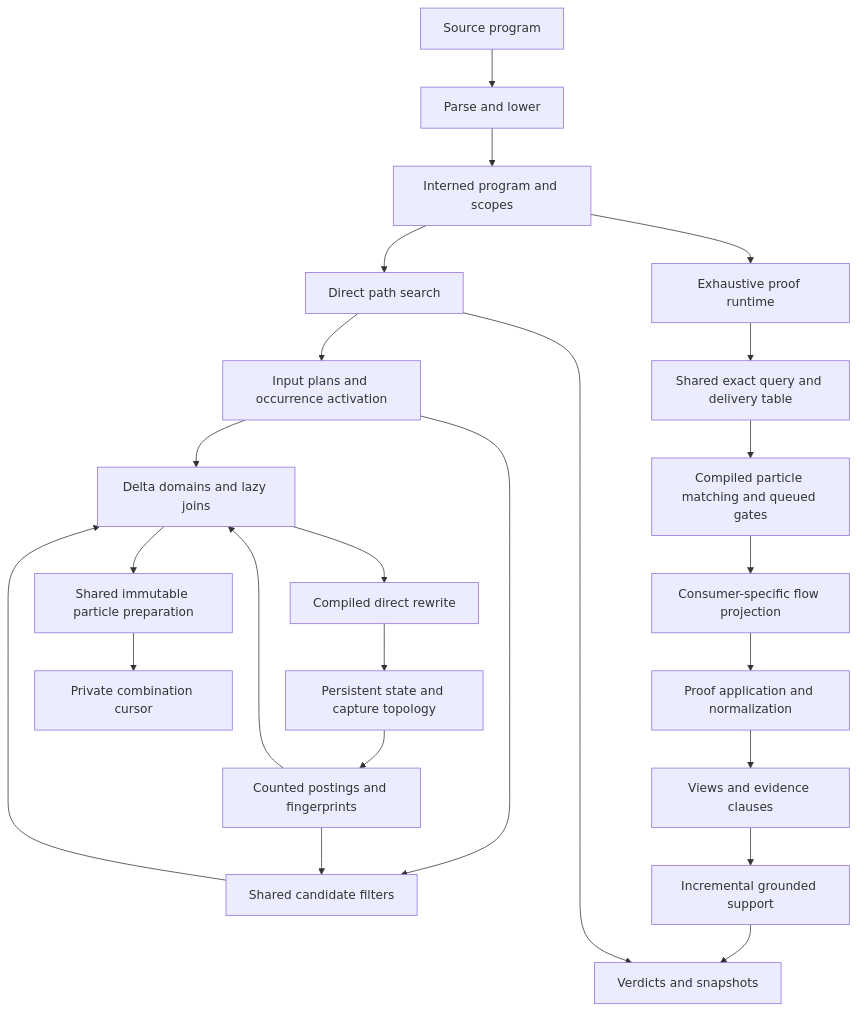
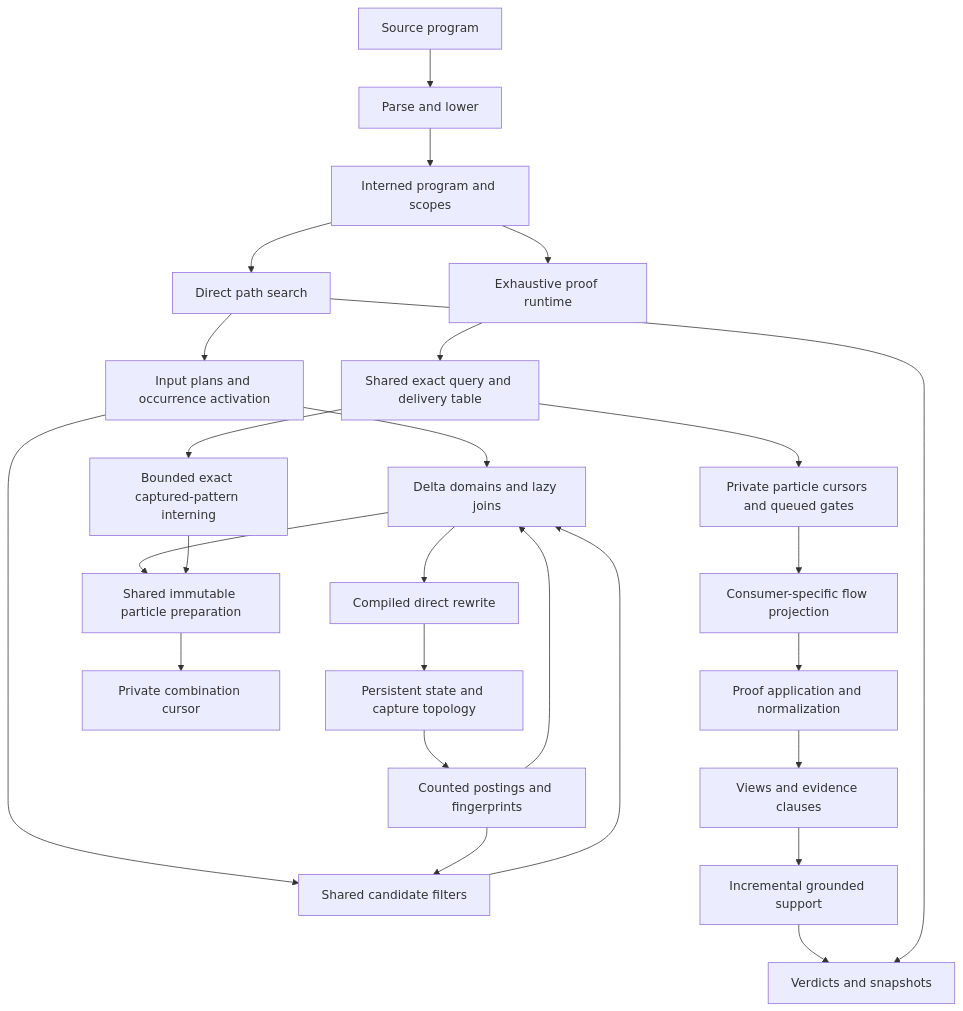
One commit to Vantle/photonic changed the diagram in document/architecture.md. Above: the diagram before and after it, drawn with Mermaid. The commit also changed other lines of this file and 23 other files, not shown here.

Commit message:
Share bounded immutable preparation across exhaustive queries

````diff
--- a/document/architecture.md
+++ b/document/architecture.md
@@ -28,26 +28,28 @@
 ```mermaid
 flowchart TD
     Source[Source program] --> Frontend[Parse and lower]
     Frontend --> Program[Interned program and scopes]
     Program --> Path[Direct path search]
     Program --> Runtime[Exhaustive proof runtime]
     Path --> Dispatch[Input plans and occurrence activation]
     Dispatch --> Join[Delta domains and lazy joins]
     Dispatch --> Filter[Shared candidate filters]
     Index --> Filter
     Filter --> Join
     Join --> Rewrite[Compiled direct rewrite]
     Rewrite --> State[Persistent state and capture topology]
     State --> Index[Counted postings and fingerprints]
     Index --> Join
     Join --> Preparation[Shared immutable particle preparation]
     Preparation --> Cursor[Private combination cursor]
     Runtime --> Table[Shared exact query and delivery table]
-    Table --> Gate[Compiled particle matching and queued gates]
+    Table --> Captured[Bounded exact captured-pattern interning]
+    Captured --> Preparation
+    Table --> Gate[Private particle cursors and queued gates]
     Gate --> Projection[Consumer-specific flow projection]
     Projection --> Application[Proof application and normalization]
     Application --> Evidence[Views and evidence clauses]
     Evidence --> Proof[Incremental grounded support]
     Proof --> Report[Verdicts and snapshots]
     Path --> Report
 ```
````
